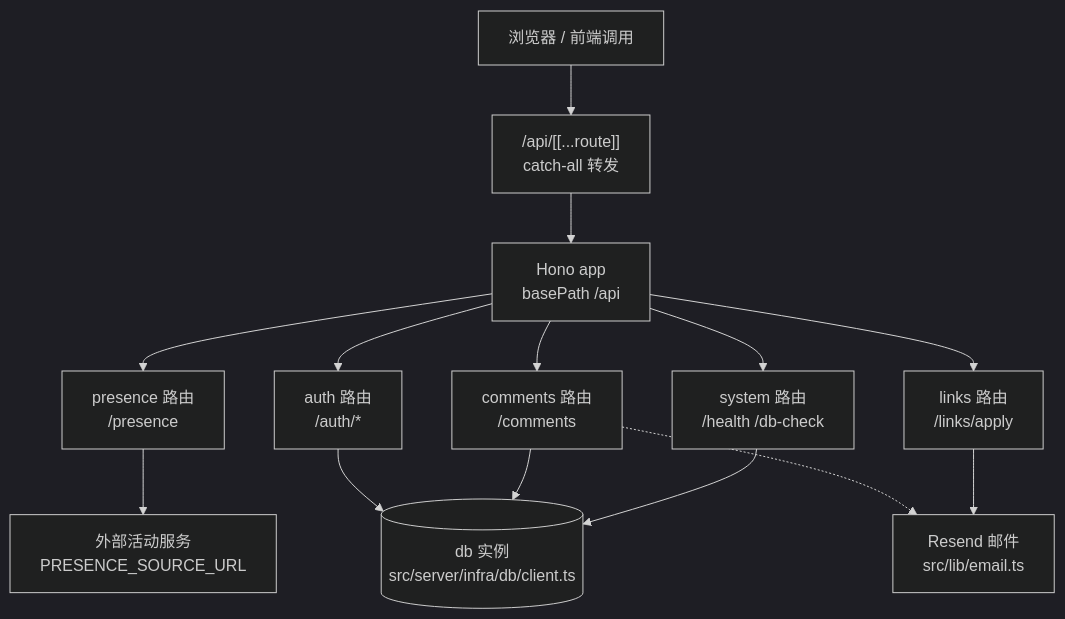
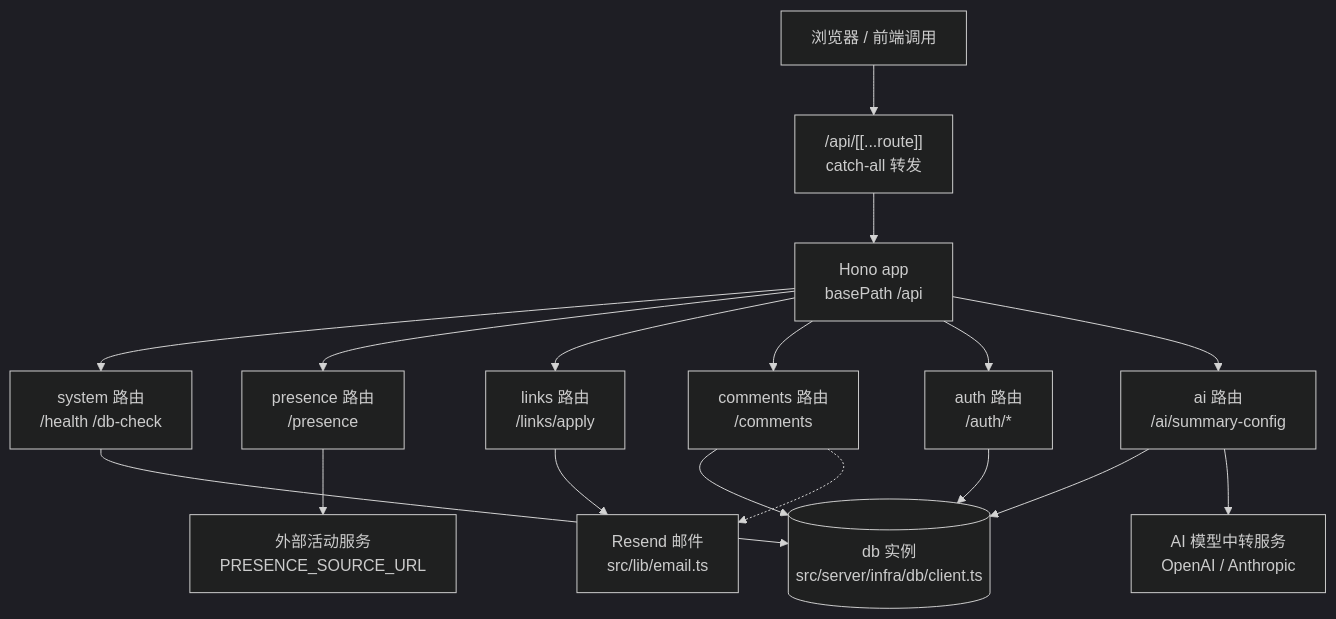
Before and after one commit to xidongdong-153/blog: the diagram in .trellis/spec/backend/api-design-guidelines.md, drawn with Mermaid. The commit also changed other lines of this file and 25 other files, not shown here.

````diff
--- a/.trellis/spec/backend/api-design-guidelines.md
+++ b/.trellis/spec/backend/api-design-guidelines.md
@@ -86,17 +86,20 @@
 ```mermaid
 %%{init: {"theme": "dark"}}%%
 flowchart TD
   B["浏览器 / 前端调用"] --> C["/api/[[...route]]<br/>catch-all 转发"]
   C --> H["Hono app<br/>basePath /api"]
   H --> S["system 路由<br/>/health /db-check"]
   H --> P["presence 路由<br/>/presence"]
   H --> L["links 路由<br/>/links/apply"]
   H --> COM["comments 路由<br/>/comments"]
   H --> AUTH["auth 路由<br/>/auth/*"]
+  H --> AI["ai 路由<br/>/ai/summary-config"]
   S --> DB[("db 实例<br/>src/server/infra/db/client.ts")]
   COM --> DB
   AUTH --> DB
+  AI --> DB
   P --> EXT["外部活动服务<br/>PRESENCE_SOURCE_URL"]
   L --> MAIL["Resend 邮件<br/>src/lib/email.ts"]
   COM -.-> MAIL
+  AI --> AISRV["AI 模型中转服务<br/>OpenAI / Anthropic"]
 ```
````
